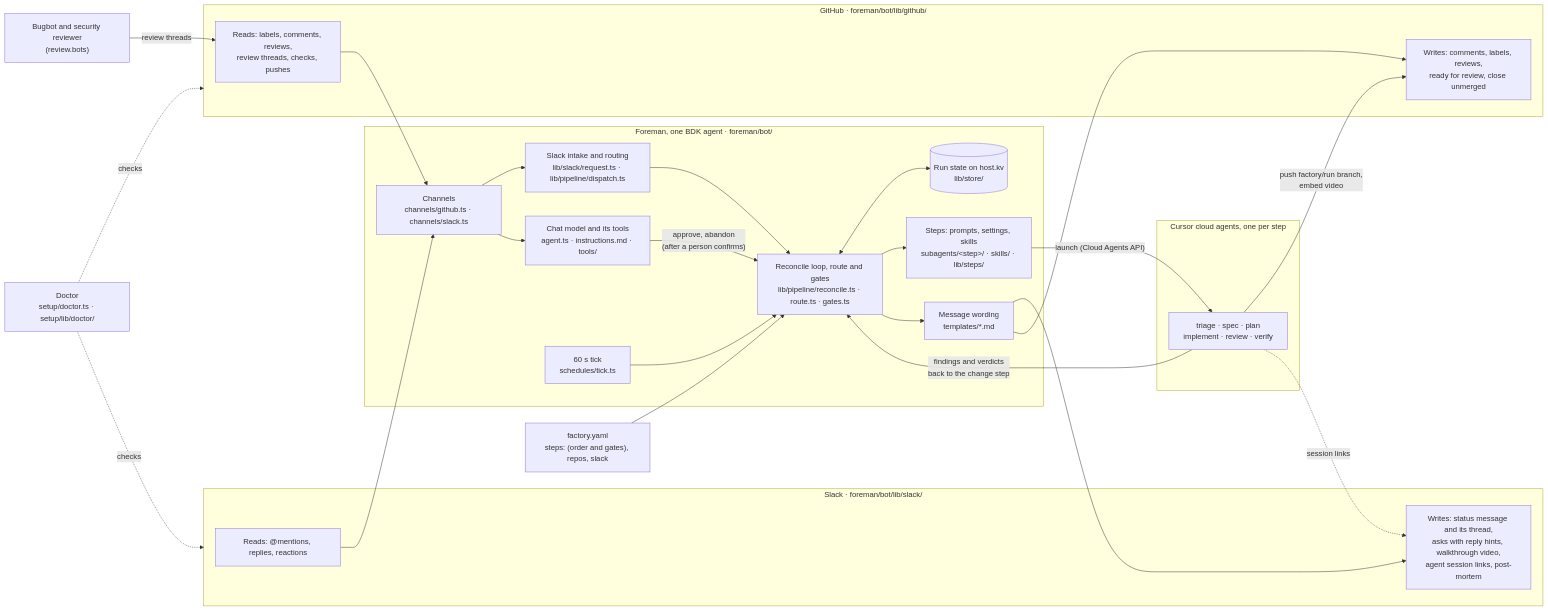
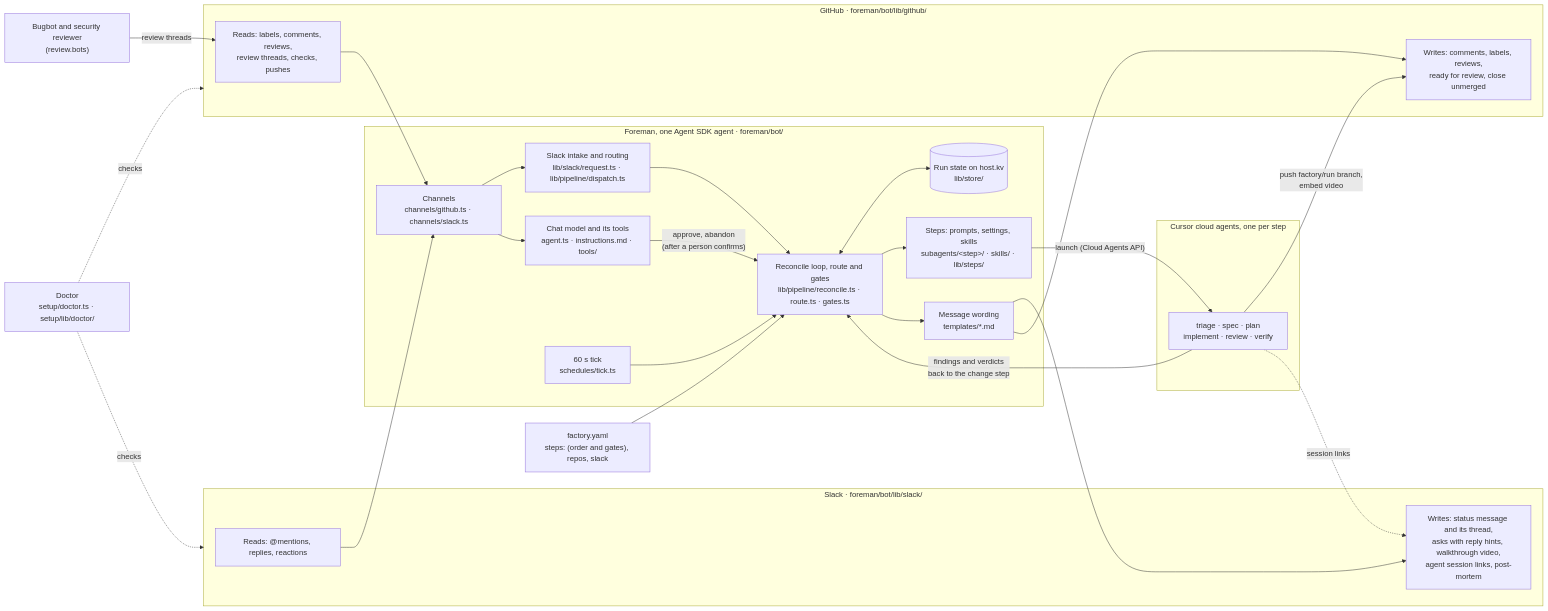
One commit to ForeverTheIntern/cookbook changed the first of 2 diagrams in solution-accelerators/drop-in-factory/ARCHITECTURE.md. Above: the diagram before and after it, drawn with Mermaid. The commit also changed other lines of this file and 52 other files, not shown here.

First line of the commit message:
Move the factory to @grok/agent-sdk 0.3.0

````diff
--- a/solution-accelerators/drop-in-factory/ARCHITECTURE.md
+++ b/solution-accelerators/drop-in-factory/ARCHITECTURE.md
@@ -9,45 +9,45 @@
 ```mermaid
 flowchart LR
   subgraph slack["Slack · foreman/bot/lib/slack/"]
     slackIn["Reads: @mentions, replies, reactions"]
     slackOut["Writes: status message and its thread,<br/>asks with reply hints, walkthrough video,<br/>agent session links, post-mortem"]
   end
   config["factory.yaml<br/>steps: (order and gates), repos, slack"]
-  subgraph foreman["Foreman, one BDK agent · foreman/bot/"]
+  subgraph foreman["Foreman, one Agent SDK agent · foreman/bot/"]
     channels["Channels<br/>channels/github.ts · channels/slack.ts"]
     chat["Chat model and its tools<br/>agent.ts · instructions.md · tools/"]
     intake["Slack intake and routing<br/>lib/slack/request.ts · lib/pipeline/dispatch.ts"]
     loop["Reconcile loop, route and gates<br/>lib/pipeline/reconcile.ts · route.ts · gates.ts"]
     tick["60 s tick<br/>schedules/tick.ts"]
     steps["Steps: prompts, settings, skills<br/>subagents/&lt;step&gt;/ · skills/ · lib/steps/"]
     templates["Message wording<br/>templates/*.md"]
     store[("Run state on host.kv<br/>lib/store/")]
   end
   subgraph github["GitHub · foreman/bot/lib/github/"]
     ghIn["Reads: labels, comments, reviews,<br/>review threads, checks, pushes"]
     ghOut["Writes: comments, labels, reviews,<br/>ready for review, close unmerged"]
   end
   subgraph cursor["Cursor cloud agents, one per step"]
     agents["triage · spec · plan<br/>implement · review · verify"]
   end
   bugbot["Bugbot and security reviewer<br/>(review.bots)"]
   doctor["Doctor<br/>setup/doctor.ts · setup/lib/doctor/"]
 
   slackIn --> channels
   ghIn --> channels
   channels --> intake --> loop
   channels --> chat -- "approve, abandon<br/>(after a person confirms)" --> loop
   tick --> loop
   config --> loop
   loop <--> store
   loop --> steps -- "launch (Cloud Agents API)" --> agents
   agents -- "push factory/run branch,<br/>embed video" --> ghOut
   agents -- "findings and verdicts<br/>back to the change step" --> loop
   bugbot -- "review threads" --> ghIn
   loop --> templates
   templates --> slackOut
   templates --> ghOut
   agents -. "session links" .-> slackOut
   doctor -. "checks" .-> github
   doctor -. "checks" .-> slack
 ```
````
